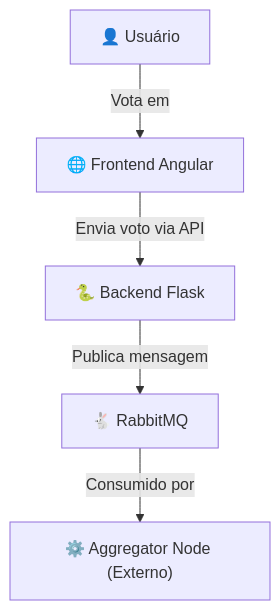
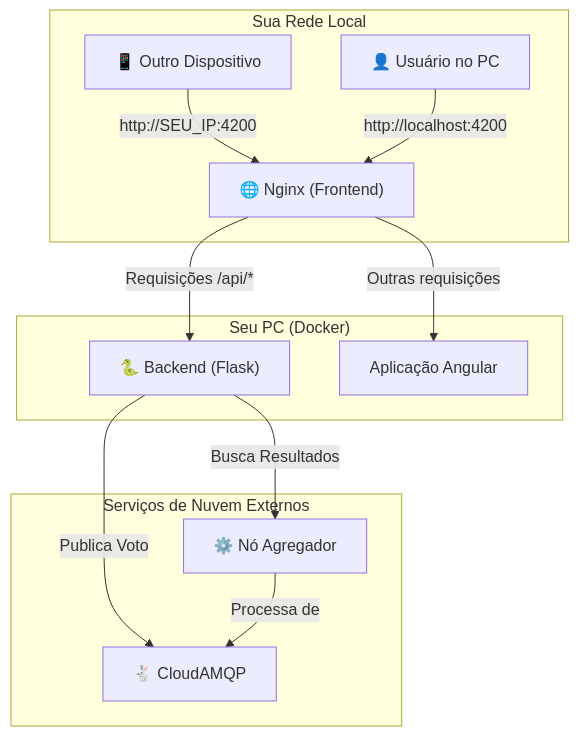
One commit to V1ctorHg/Projeto_SD changed the diagram in README.md. Above: the diagram before and after it, drawn with Mermaid. The commit also changed other lines of this file and 12 other files, not shown here.

````diff
--- a/README.md
+++ b/README.md
@@ -9,7 +19,18 @@
 ```mermaid
 graph TD;
-    Usuario["👤 Usuário"] -->|"Vota em"| Frontend;
-    Frontend["🌐 Frontend Angular"] -->|"Envia voto via API"| Backend;
-    Backend["🐍 Backend Flask"] -->|"Publica mensagem"| RabbitMQ;
-    RabbitMQ["🐇 RabbitMQ"] -->|"Consumido por"| AggregatorNode["⚙️ Aggregator Node (Externo)"];
+    subgraph "Sua Rede Local"
+        Device["📱 Outro Dispositivo"] -->|http://SEU_IP:4200| Nginx;
+        User["👤 Usuário no PC"] -->|http://localhost:4200| Nginx;
+    end
+
+    subgraph "Seu PC (Docker)"
+        Nginx["🌐 Nginx (Frontend)"] -->|Requisições /api/*| Backend["🐍 Backend (Flask)"];
+        Nginx -->|Outras requisições| Angular["Aplicação Angular"];
+    end
+
+    subgraph "Serviços de Nuvem Externos"
+        Backend -->|Publica Voto| RabbitMQ["🐇 CloudAMQP"];
+        Backend -->|Busca Resultados| Aggregator["⚙️ Nó Agregador"];
+        Aggregator -->|Processa de| RabbitMQ;
+    end
 ```
````
